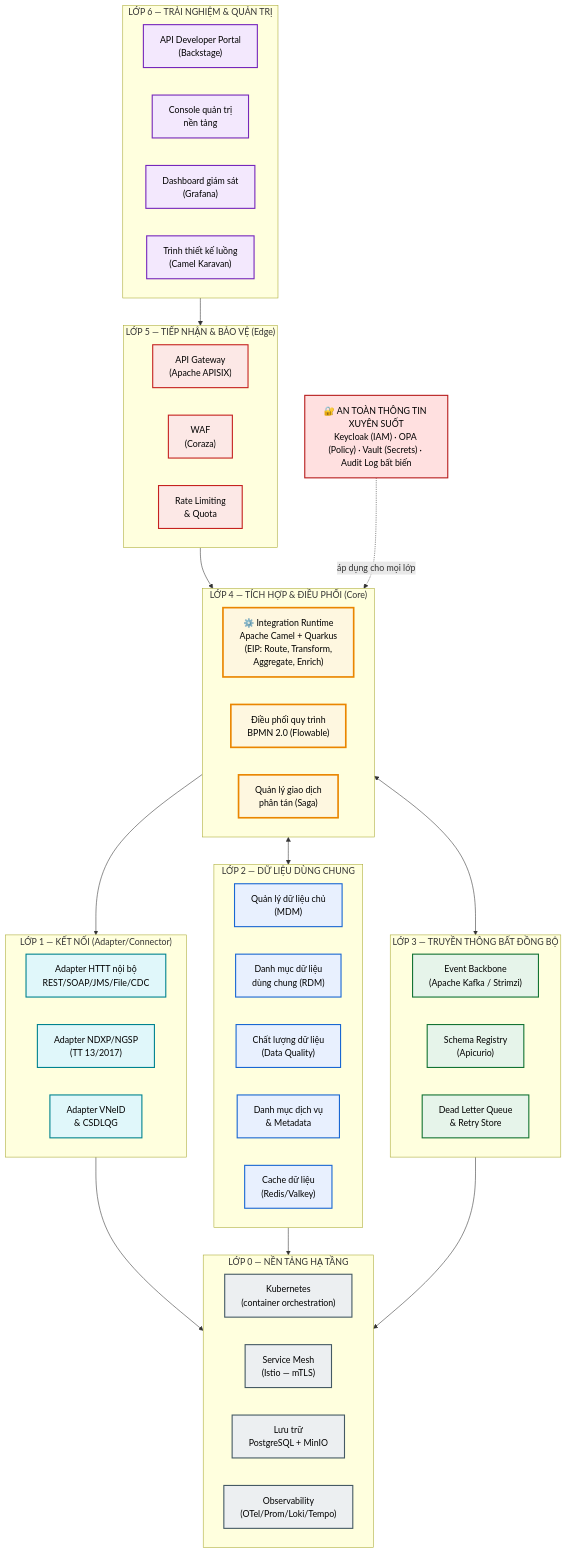
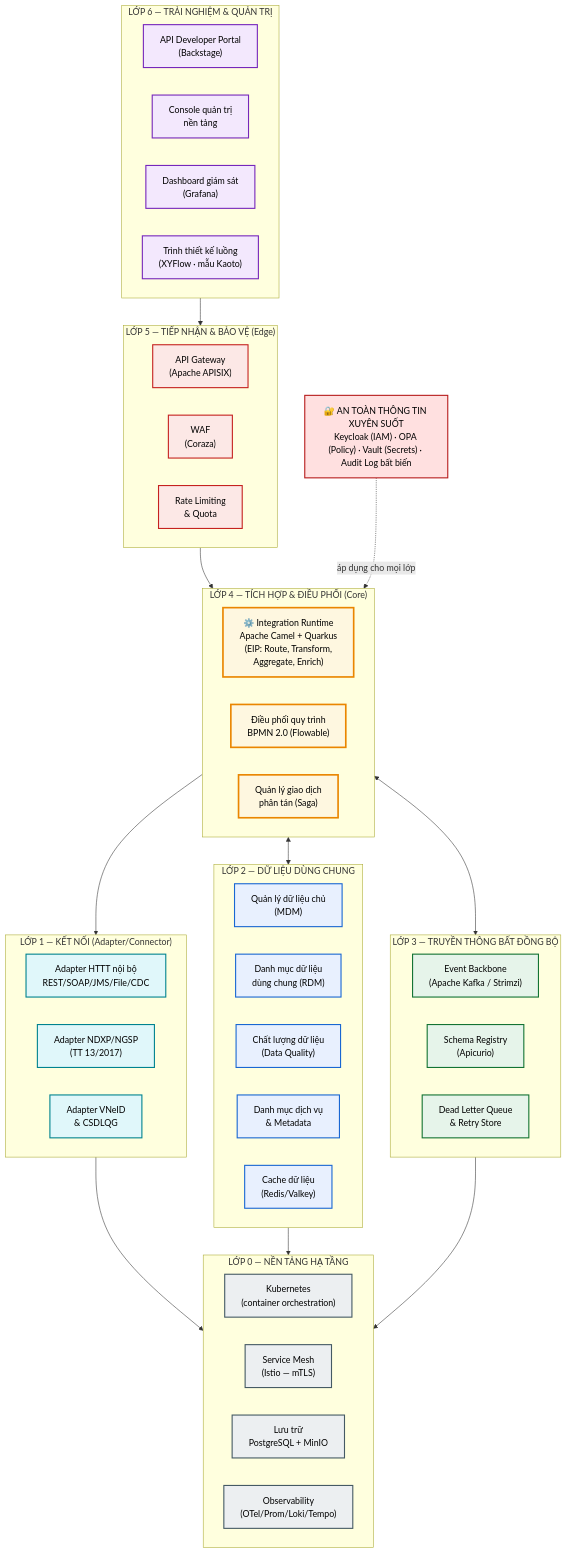
Before and after one commit to caprocute/DATAHUB: the second of 12 diagrams in docs/02-architecture/README.md, drawn with Mermaid. The commit also changed other lines of this file and 61 other files, not shown here.

```diff
--- a/docs/02-architecture/README.md
+++ b/docs/02-architecture/README.md
@@ -142,7 +142,7 @@
         PORTAL["API Developer Portal<br/>(Backstage)"]
         ADMIN["Console quản trị<br/>nền tảng"]
         DASH["Dashboard giám sát<br/>(Grafana)"]
-        DESIGNER["Trình thiết kế luồng<br/>(Camel Karavan)"]
+        DESIGNER["Trình thiết kế luồng<br/>(XYFlow · mẫu Kaoto)"]
     end
 
     subgraph L5["LỚP 5 — TIẾP NHẬN & BẢO VỆ (Edge)"]
```
